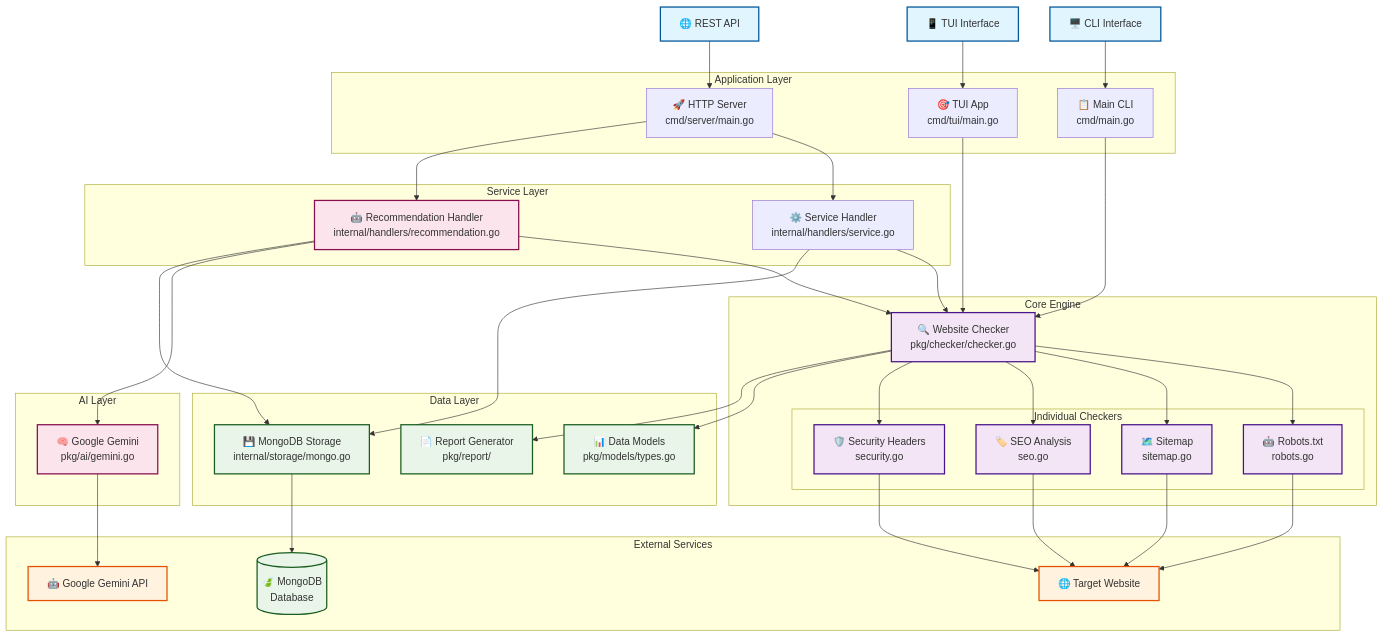
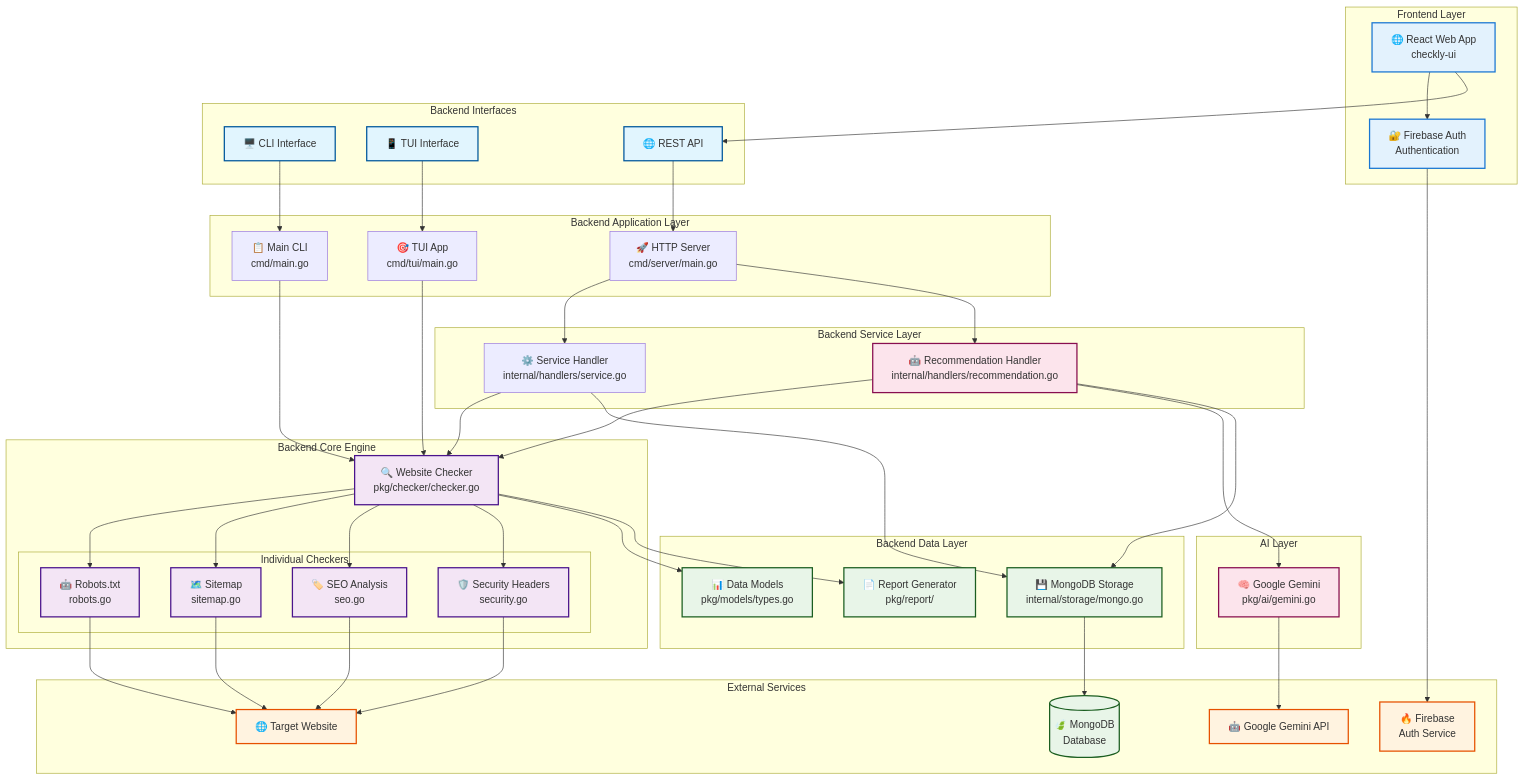
One commit to checkly-go/checkly changed the diagram in README.md. Above: the diagram before and after it, drawn with Mermaid. The commit also changed other lines of this file and 1 other file, not shown here.

Commit message:
added frontend link

````diff
--- a/README.md
+++ b/README.md
@@ -242,25 +242,33 @@
 ```mermaid
 graph TB
-    %% External interfaces
-    CLI[🖥️ CLI Interface]
-    TUI[📱 TUI Interface]
-    API[🌐 REST API]
+    %% Frontend layer
+    subgraph "Frontend Layer"
+        WEB[🌐 React Web App<br/>checkly-ui]
+        AUTH[🔐 Firebase Auth<br/>Authentication]
+    end
+    
+    %% Backend interfaces
+    subgraph "Backend Interfaces"
+        CLI[🖥️ CLI Interface]
+        TUI[📱 TUI Interface]
+        API[🌐 REST API]
+    end
     
     %% Core application layer
-    subgraph "Application Layer"
+    subgraph "Backend Application Layer"
         MAIN[📋 Main CLI<br/>cmd/main.go]
         SERVER[🚀 HTTP Server<br/>cmd/server/main.go]
         TUIMAIN[🎯 TUI App<br/>cmd/tui/main.go]
     end
     
     %% Service layer
-    subgraph "Service Layer"
+    subgraph "Backend Service Layer"
         SERVICE[⚙️ Service Handler<br/>internal/handlers/service.go]
         RECOMMEND[🤖 Recommendation Handler<br/>internal/handlers/recommendation.go]
     end
     
     %% Core business logic
-    subgraph "Core Engine"
+    subgraph "Backend Core Engine"
         CHECKER[🔍 Website Checker<br/>pkg/checker/checker.go]
         
         subgraph "Individual Checkers"
@@ -277,7 +285,7 @@
     end
     
     %% Data layer
-    subgraph "Data Layer"
+    subgraph "Backend Data Layer"
         MODELS[📊 Data Models<br/>pkg/models/types.go]
         STORAGE[💾 MongoDB Storage<br/>internal/storage/mongo.go]
         REPORT[📄 Report Generator<br/>pkg/report/]
@@ -287,32 +295,38 @@
     subgraph "External Services"
         MONGO[(🍃 MongoDB<br/>Database)]
         GEMINI_API[🤖 Google Gemini API]
+        FIREBASE[🔥 Firebase<br/>Auth Service]
         TARGET[🌐 Target Website]
     end
     
-    %% Interface connections
+    %% Frontend connections
+    WEB --> AUTH
+    WEB --> API
+    AUTH --> FIREBASE
+    
+    %% Backend interface connections
     CLI --> MAIN
     TUI --> TUIMAIN
     API --> SERVER
     
-    %% Application to service connections
+    %% Backend application to service connections
     SERVER --> SERVICE
     SERVER --> RECOMMEND
     
-    %% Service to core connections
+    %% Backend service to core connections
     SERVICE --> CHECKER
     RECOMMEND --> CHECKER
     RECOMMEND --> GEMINI
     MAIN --> CHECKER
     TUIMAIN --> CHECKER
     
-    %% Core engine connections
+    %% Backend core engine connections
     CHECKER --> ROBOTS
     CHECKER --> SITEMAP
     CHECKER --> SEO
     CHECKER --> SECURITY
     
-    %% Data flow connections
+    %% Backend data flow connections
     CHECKER --> MODELS
     CHECKER --> REPORT
     SERVICE --> STORAGE
@@ -327,15 +341,17 @@
     SECURITY --> TARGET
     
     %% Styling
+    classDef frontend fill:#e3f2fd,stroke:#1976d2,stroke-width:2px
     classDef interface fill:#e1f5fe,stroke:#01579b,stroke-width:2px
     classDef core fill:#f3e5f5,stroke:#4a148c,stroke-width:2px
     classDef data fill:#e8f5e8,stroke:#1b5e20,stroke-width:2px
     classDef external fill:#fff3e0,stroke:#e65100,stroke-width:2px
     classDef ai fill:#fce4ec,stroke:#880e4f,stroke-width:2px
     
+    class WEB,AUTH frontend
     class CLI,TUI,API interface
     class CHECKER,ROBOTS,SITEMAP,SEO,SECURITY core
     class MODELS,STORAGE,REPORT,MONGO data
-    class TARGET,GEMINI_API external
+    class TARGET,GEMINI_API,FIREBASE external
     class GEMINI,RECOMMEND ai
 ```
````
